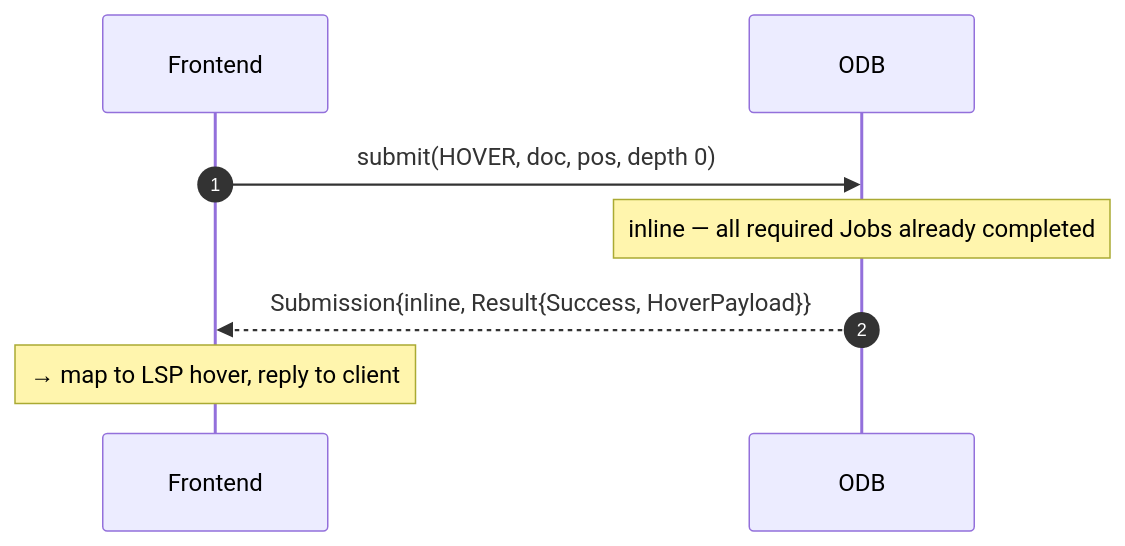
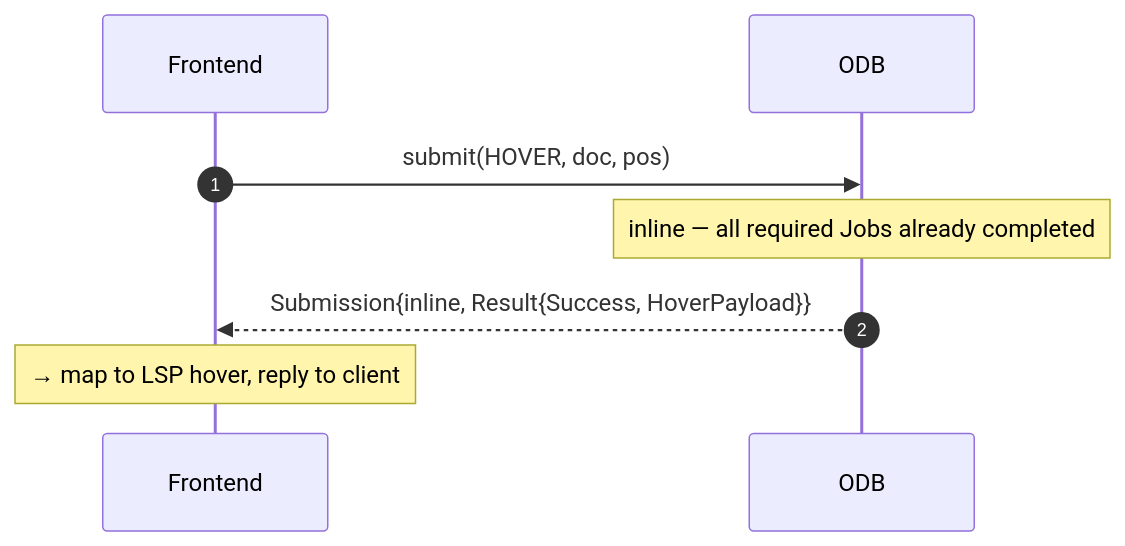
The first of 3 diagrams in docs/architecture/gdocServer/contracts/frontend-odb-api.md (tyskdm/gdoc), drawn with Mermaid before and after one commit. The commit also changed other lines of this file and 2 other files, not shown here.

````diff
--- a/docs/architecture/gdocServer/contracts/frontend-odb-api.md
+++ b/docs/architecture/gdocServer/contracts/frontend-odb-api.md
@@ -335,10 +336,10 @@
 ```mermaid
 sequenceDiagram
     autonumber
     participant FE as Frontend
     participant ODB as ODB
-    FE->>ODB: submit(HOVER, doc, pos, depth 0)
+    FE->>ODB: submit(HOVER, doc, pos)
     Note over ODB: inline — all required Jobs already completed
     ODB-->>FE: Submission{inline, Result{Success, HoverPayload}}
     Note over FE: → map to LSP hover, reply to client
 ```
````
